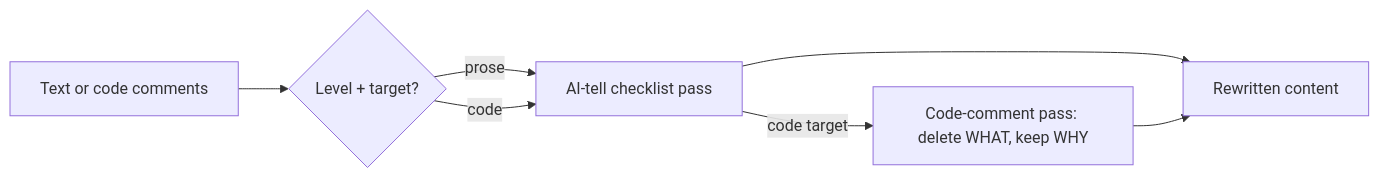
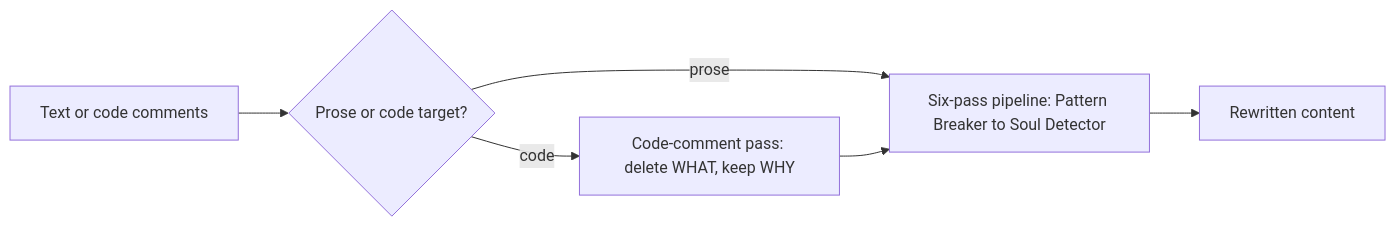
The diagram in README.md (wagner-sousa/humanize), drawn with Mermaid before and after one commit. The commit also changed other lines of this file and 2 other files, not shown here.

Commit message:
Replace AI-tell checklist with six-pass pipeline, remove levels and slash command

````diff
--- a/README.md
+++ b/README.md
@@ -109,9 +88,8 @@
 ```mermaid
 graph LR
-    Input[Text or code comments] --> Parse{Level + target?}
-    Parse -- prose --> TellCheck[AI-tell checklist pass]
-    Parse -- code --> TellCheck
-    TellCheck -- code target --> CommentPass[Code-comment pass: delete WHAT, keep WHY]
-    TellCheck --> Output[Rewritten content]
-    CommentPass --> Output
+    Input[Text or code comments] --> Target{Prose or code target?}
+    Target -- code --> CommentPass[Code-comment pass: delete WHAT, keep WHY]
+    Target -- prose --> Pipeline
+    CommentPass --> Pipeline[Six-pass pipeline: Pattern Breaker to Soul Detector]
+    Pipeline --> Output[Rewritten content]
 ```
````
